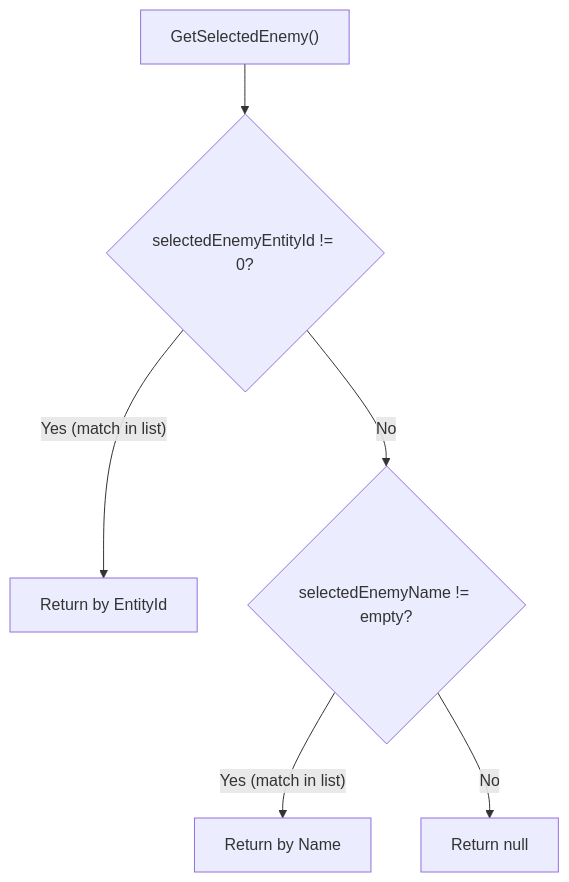
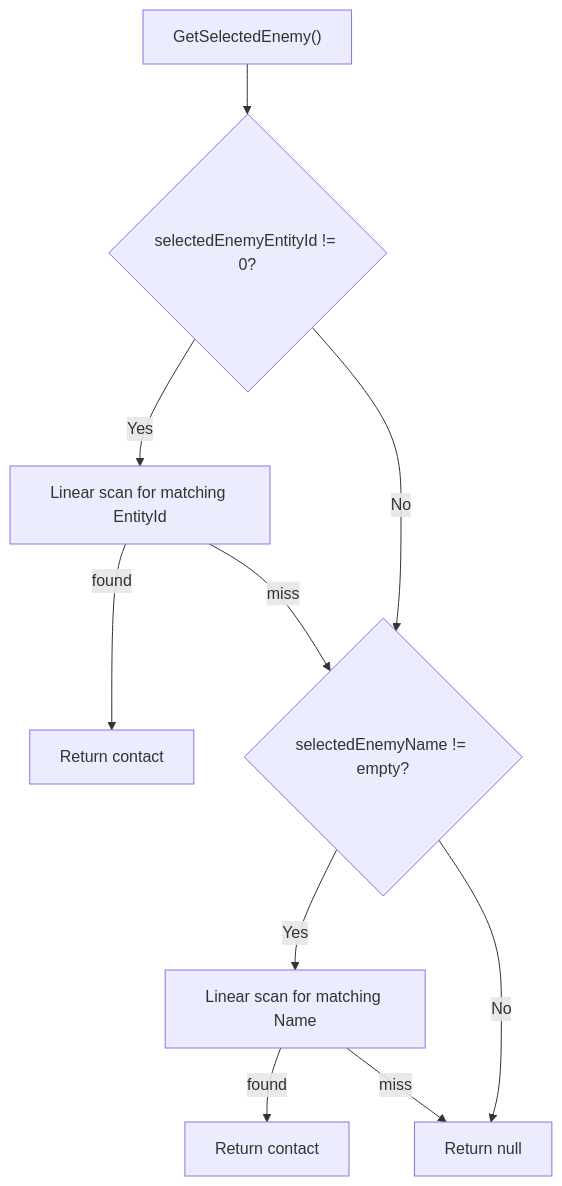
One commit to Terilia/JetOS changed the fifth of 7 diagrams in docs/target-tracking.md. Above: the diagram before and after it, drawn with Mermaid. The commit also changed other lines of this file and 23 other files, not shown here.

````diff
--- a/docs/target-tracking.md
+++ b/docs/target-tracking.md
@@ -126,8 +179,12 @@
 ```mermaid
 flowchart TD
-    GET["GetSelectedEnemy()"] --> EIDQ{"selectedEnemyEntityId != 0?"}
-    EIDQ -- "Yes (match in list)" --> RETEID["Return by EntityId"]
-    EIDQ -- "No" --> NAMEQ{"selectedEnemyName != empty?"}
-    NAMEQ -- "Yes (match in list)" --> RETNAME["Return by Name"]
-    NAMEQ -- "No" --> RETNULL["Return null"]
+    G["GetSelectedEnemy()"] --> EID{selectedEnemyEntityId != 0?}
+    EID -- "Yes" --> LOOP1["Linear scan for matching EntityId"]
+    LOOP1 -- "found" --> R1["Return contact"]
+    LOOP1 -- "miss" --> NQ
+    EID -- "No" --> NQ{selectedEnemyName != empty?}
+    NQ -- "Yes" --> LOOP2["Linear scan for matching Name"]
+    LOOP2 -- "found" --> R2["Return contact"]
+    LOOP2 -- "miss" --> NULL
+    NQ -- "No" --> NULL["Return null"]
 ```
````
